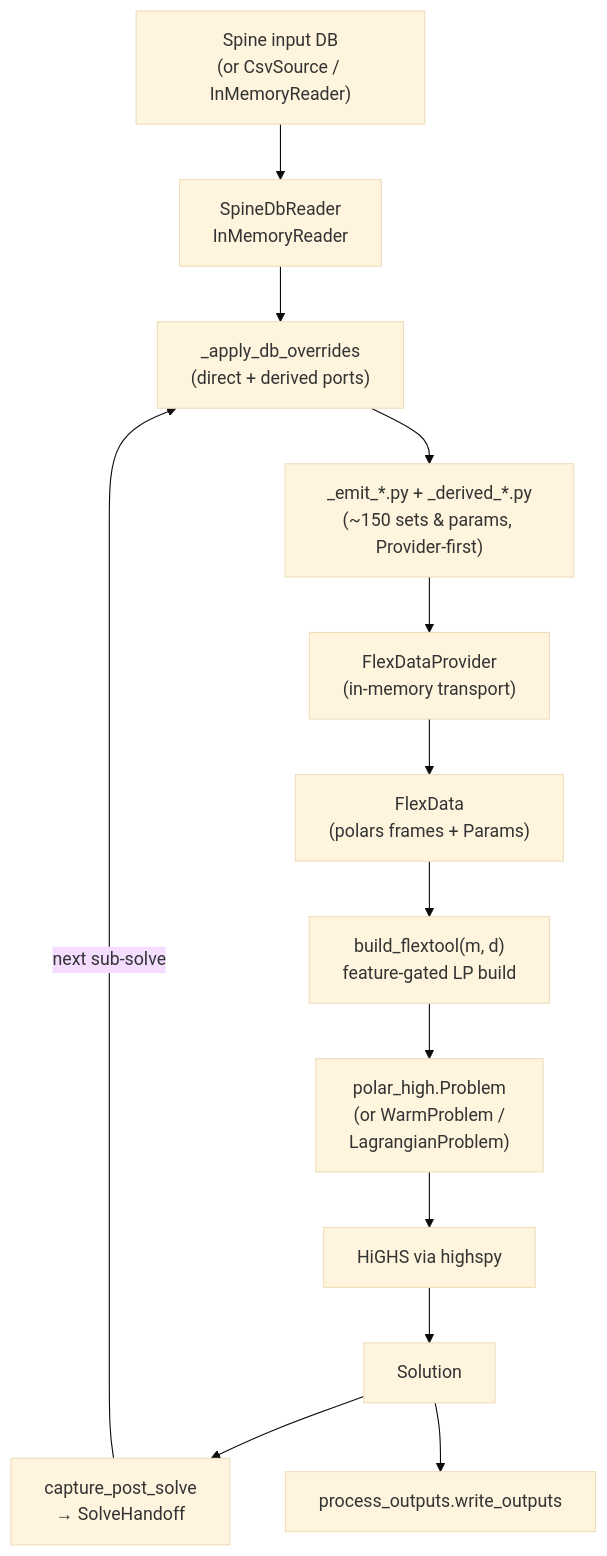
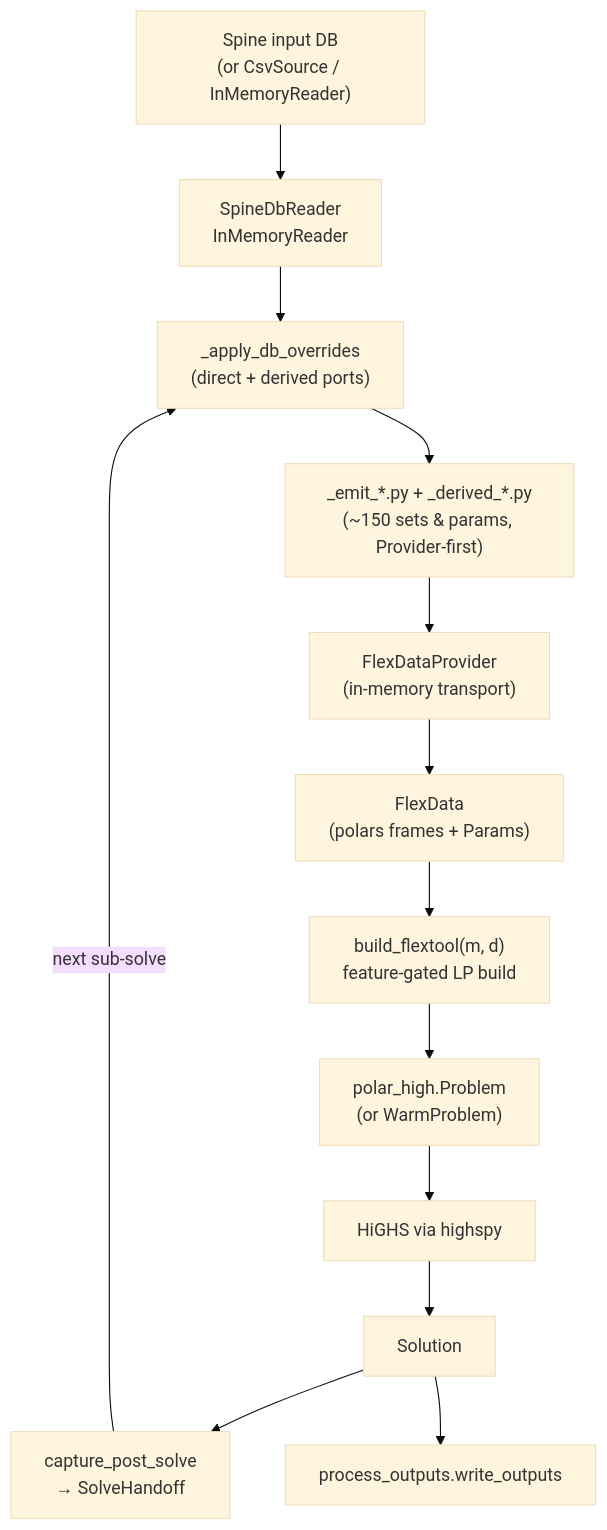
The diagram in docs/dev/engine_polars.md (irena-flextool/flextool), drawn with Mermaid (base theme) before and after one commit. The commit also changed other lines of this file and 13 other files, not shown here.

````diff
--- a/docs/dev/engine_polars.md
+++ b/docs/dev/engine_polars.md
@@ -25,15 +26,15 @@
 ```mermaid
 flowchart TD
   src["Spine input DB<br/>(or CsvSource / InMemoryReader)"] --> reader
   reader["SpineDbReader<br/>InMemoryReader"] --> overlay
   overlay["_apply_db_overrides<br/>(direct + derived ports)"] --> emit
   emit["_emit_*.py + _derived_*.py<br/>(~150 sets &amp; params, Provider-first)"] --> provider["FlexDataProvider<br/>(in-memory transport)"]
   provider --> flex["FlexData<br/>(polars frames + Params)"]
   flex --> build["build_flextool(m, d)<br/>feature-gated LP build"]
-  build --> prob["polar_high.Problem<br/>(or WarmProblem /<br/>LagrangianProblem)"]
+  build --> prob["polar_high.Problem<br/>(or WarmProblem)"]
   prob --> highs["HiGHS via highspy"]
   highs --> sol["Solution"]
   sol --> capture["capture_post_solve<br/>→ SolveHandoff"]
   capture -->|next sub-solve| overlay
   sol --> outputs["process_outputs.write_outputs"]
 ```
````
